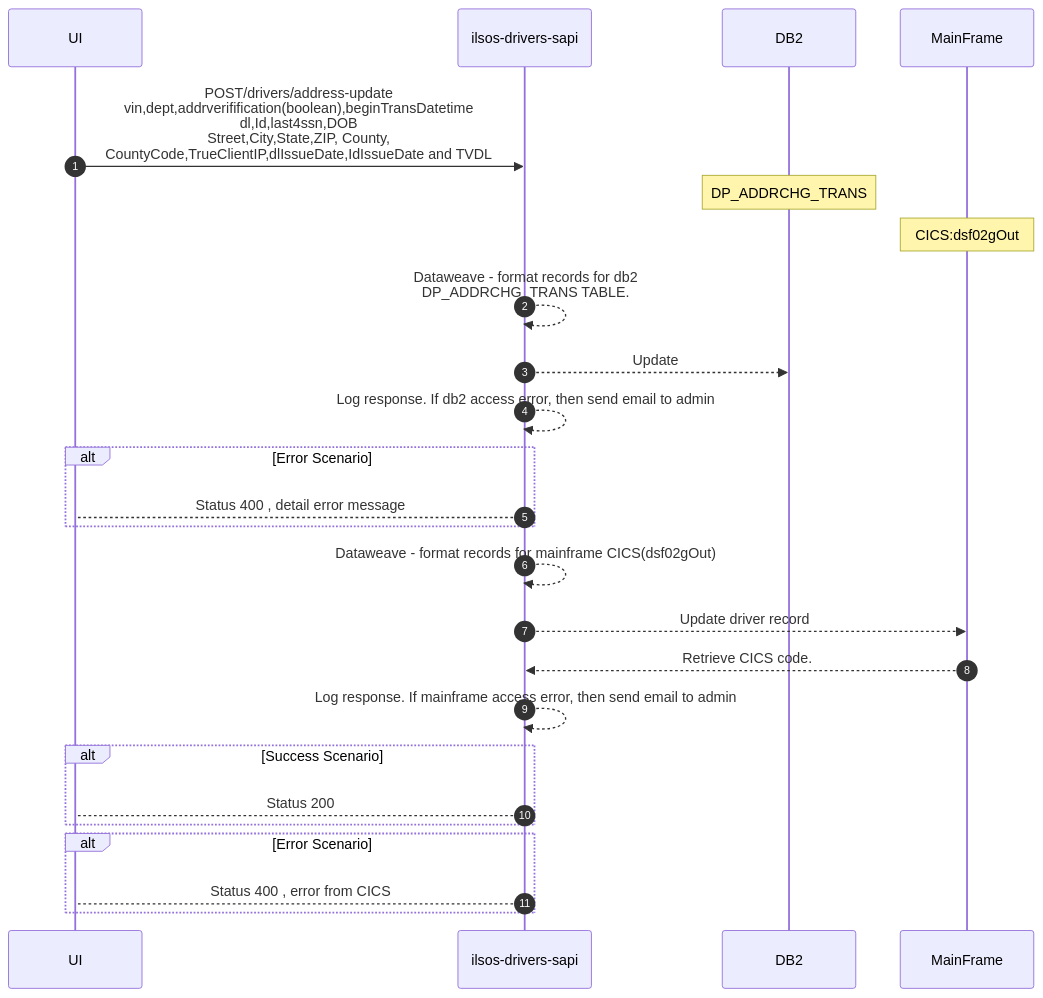
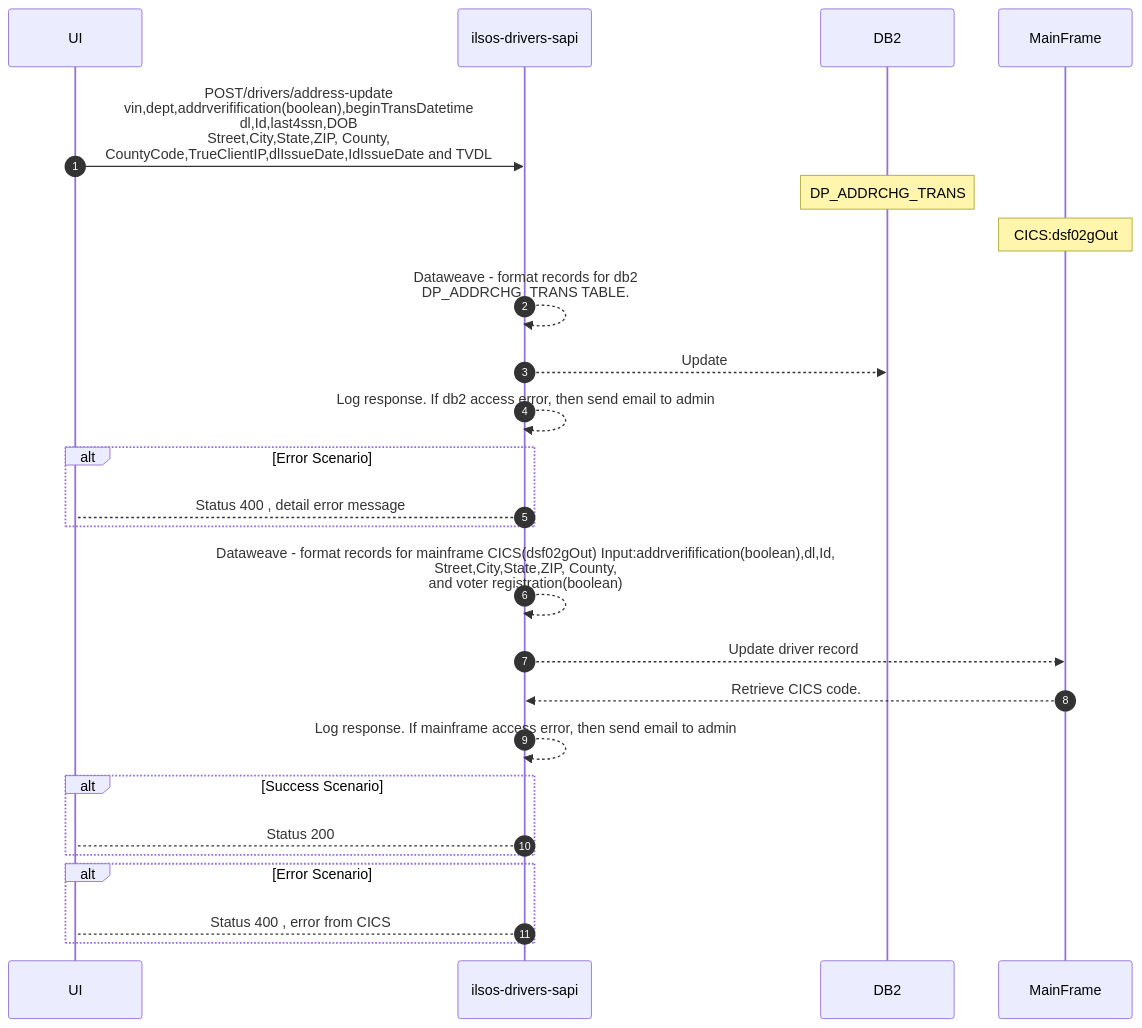
One commit to acme-devs/ilsos-drivers-sapi changed the first of 3 diagrams in README.md. Above: the diagram before and after it, drawn with Mermaid.

````diff
--- a/README.md
+++ b/README.md
@@ -32,29 +32,29 @@
 ```mermaid
 sequenceDiagram
     autonumber
     participant ui as UI
     participant api as ilsos-drivers-sapi
     participant db2 as DB2
     participant mainframe as MainFrame
 
     ui->>api:POST/drivers/address-update <br>vin,dept,addrverifification(boolean),beginTransDatetime<br>dl,Id,last4ssn,DOB<br>Street,City,State,ZIP, County,<br>CountyCode,TrueClientIP,dlIssueDate,IdIssueDate and TVDL
 
     note over db2:DP_ADDRCHG_TRANS
     note over mainframe:CICS:dsf02gOut
     api-->>api:Dataweave - format records for db2<BR> DP_ADDRCHG_TRANS TABLE.
     api-->>db2:Update
     api-->>api:Log response. If db2 access error, then send email to admin
     alt Error Scenario 
         api-->ui: Status 400 , detail error message
     end
-    api-->>api:Dataweave - format records for mainframe CICS(dsf02gOut)
+    api-->>api:Dataweave - format records for mainframe CICS(dsf02gOut) Input:addrverifification(boolean),dl,Id,<br>Street,City,State,ZIP, County,<br>and voter registration(boolean)
     api-->>mainframe:Update driver record
     mainframe-->>api:Retrieve CICS code.
     api-->>api:Log response. If mainframe access error, then send email to admin
     alt Success Scenario 
         api-->ui: Status 200 
     end
     alt Error Scenario 
         api-->ui: Status 400 , error from CICS
     end
   ```
````
